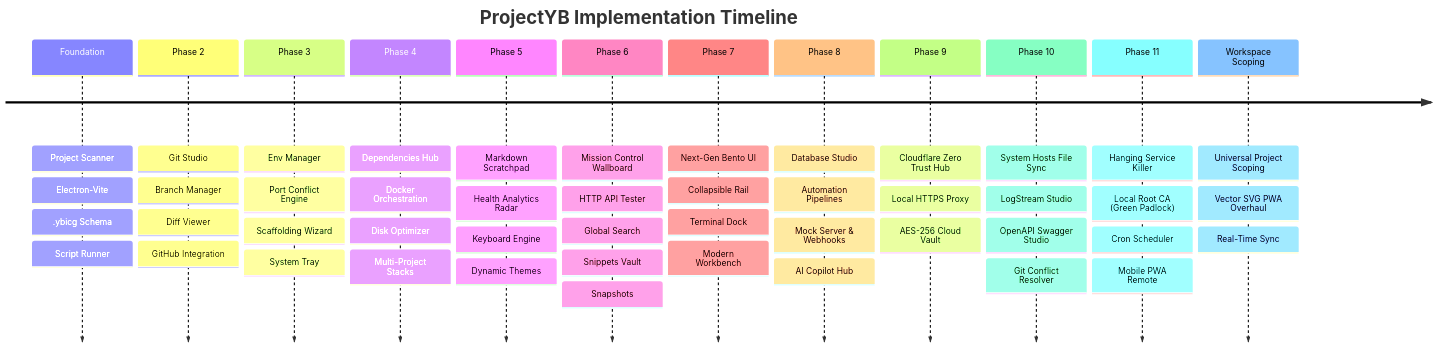
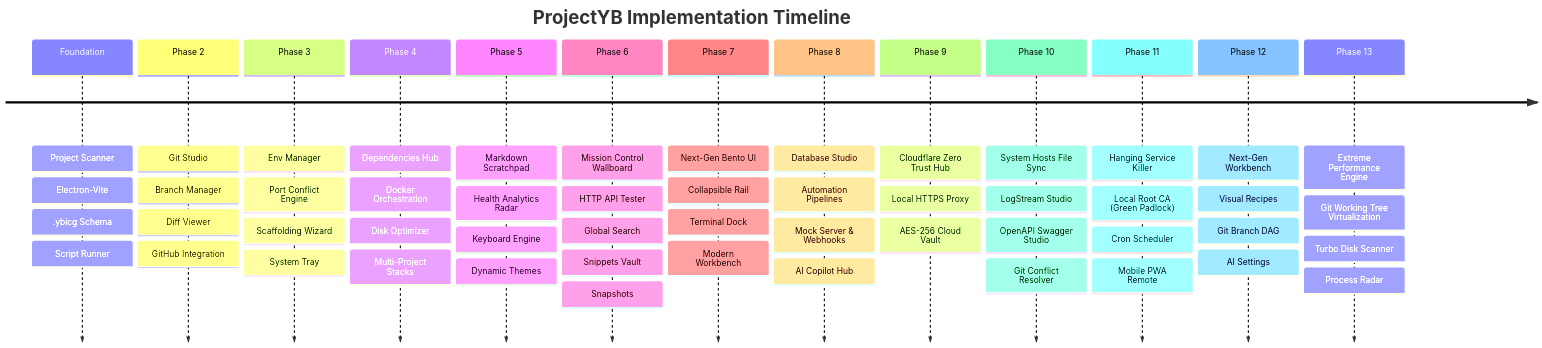
One commit to YbicG/ProjectYB changed the diagram in timeline.md. Above: the diagram before and after it, drawn with Mermaid. The commit also changed other lines of this file and 21 other files, not shown here.

Commit message:
feat(phase-13): performance engine, large-dataset virtualization, turbo disk optimizer, process radar, and env sync

````diff
--- a/timeline.md
+++ b/timeline.md
@@ -7,16 +7,17 @@
 ```mermaid
 timeline
     title ProjectYB Implementation Timeline
     Foundation : Project Scanner : Electron-Vite : .ybicg Schema : Script Runner
     Phase 2 : Git Studio : Branch Manager : Diff Viewer : GitHub Integration
     Phase 3 : Env Manager : Port Conflict Engine : Scaffolding Wizard : System Tray
     Phase 4 : Dependencies Hub : Docker Orchestration : Disk Optimizer : Multi-Project Stacks
     Phase 5 : Markdown Scratchpad : Health Analytics Radar : Keyboard Engine : Dynamic Themes
     Phase 6 : Mission Control Wallboard : HTTP API Tester : Global Search : Snippets Vault : Snapshots
     Phase 7 : Next-Gen Bento UI : Collapsible Rail : Terminal Dock : Modern Workbench
     Phase 8 : Database Studio : Automation Pipelines : Mock Server & Webhooks : AI Copilot Hub
     Phase 9 : Cloudflare Zero Trust Hub : Local HTTPS Proxy : AES-256 Cloud Vault
     Phase 10 : System Hosts File Sync : LogStream Studio : OpenAPI Swagger Studio : Git Conflict Resolver
     Phase 11 : Hanging Service Killer : Local Root CA (Green Padlock) : Cron Scheduler : Mobile PWA Remote
-    Workspace Scoping : Universal Project Scoping : Vector SVG PWA Overhaul : Real-Time Sync
+    Phase 12 : Next-Gen Workbench : Visual Recipes : Git Branch DAG : AI Settings
+    Phase 13 : Extreme Performance Engine : Git Working Tree Virtualization : Turbo Disk Scanner : Process Radar
 ```
````
